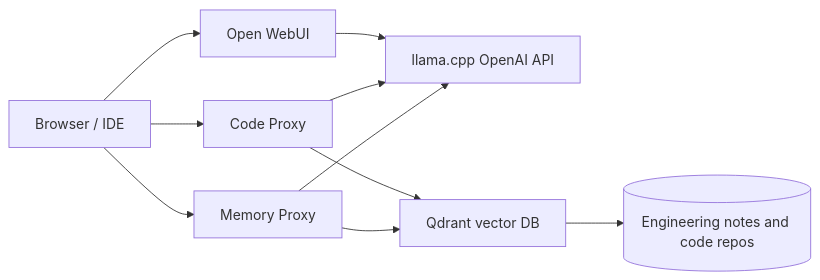
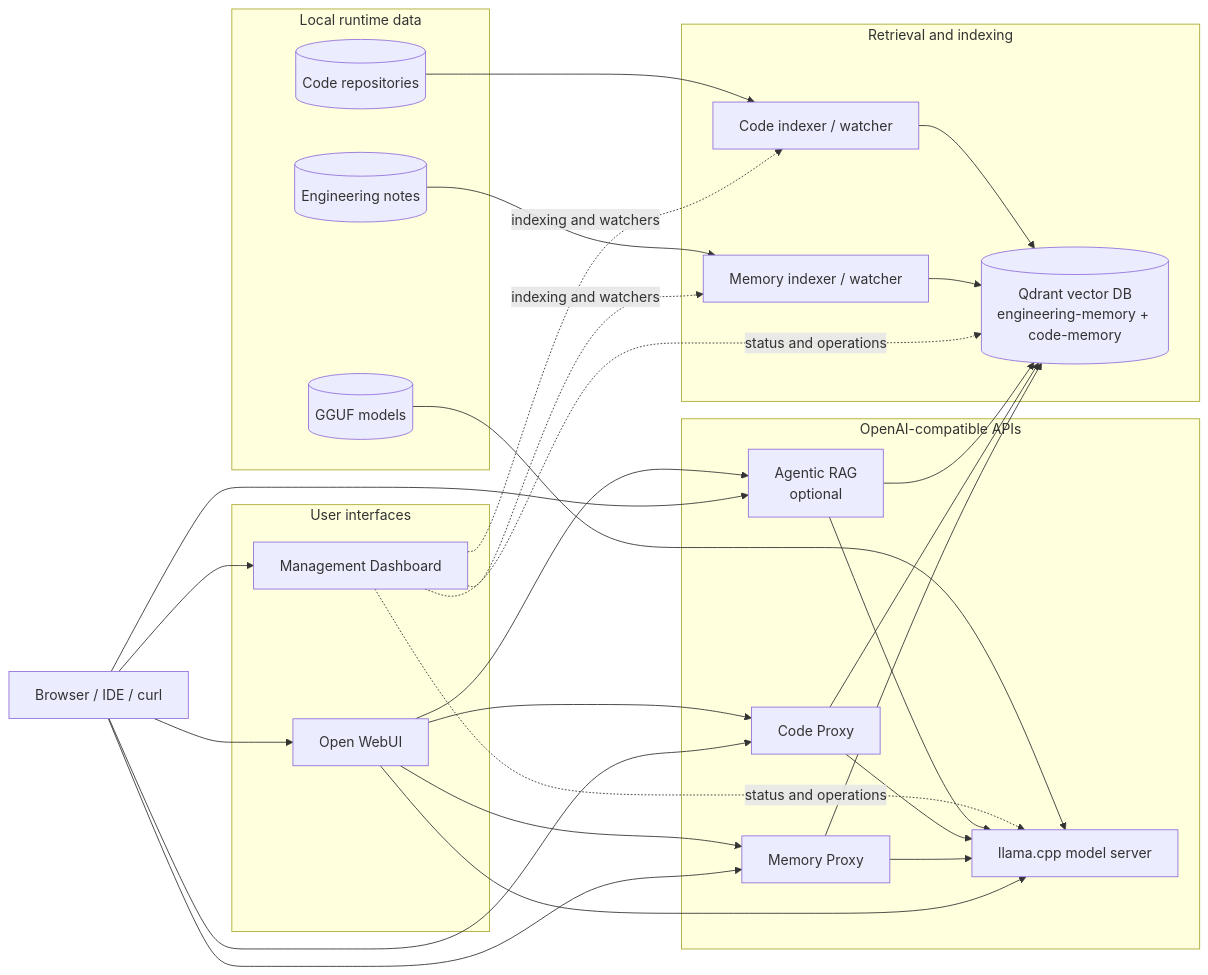
One commit to dananjaya2002/ai-stack-vm changed the diagram in docs/media/architecture-diagram.mmd. Above: the diagram before and after it, drawn with Mermaid. The commit also changed 15 other files, not shown here.

Commit message:
Fix Agentic RAG Retrieval and Open WebUI Compatibility

```diff
--- a/docs/media/architecture-diagram.mmd
+++ b/docs/media/architecture-diagram.mmd
@@ -1,10 +1,53 @@
 flowchart LR
-  Client[Browser / IDE] --> WebUI[Open WebUI]
-  Client --> CodeProxy[Code Proxy]
-  Client --> MemoryProxy[Memory Proxy]
-  WebUI --> Llama[llama.cpp OpenAI API]
+  Client[Browser / IDE / curl]
+
+  subgraph Interfaces[User interfaces]
+    WebUI[Open WebUI]
+    Dashboard[Management Dashboard]
+  end
+
+  subgraph APIs[OpenAI-compatible APIs]
+    Llama[llama.cpp model server]
+    MemoryProxy[Memory Proxy]
+    CodeProxy[Code Proxy]
+    AgenticRAG[Agentic RAG<br/>optional]
+  end
+
+  subgraph Retrieval[Retrieval and indexing]
+    MemoryIndexer[Memory indexer / watcher]
+    CodeIndexer[Code indexer / watcher]
+    Qdrant[(Qdrant vector DB<br/>engineering-memory + code-memory)]
+  end
+
+  subgraph Sources[Local runtime data]
+    Notes[(Engineering notes)]
+    Repos[(Code repositories)]
+    Models[(GGUF models)]
+  end
+
+  Client --> WebUI
+  Client --> Dashboard
+  Client --> MemoryProxy
+  Client --> CodeProxy
+  Client --> AgenticRAG
+
+  WebUI --> Llama
+  WebUI --> MemoryProxy
+  WebUI --> CodeProxy
+  WebUI --> AgenticRAG
+
+  MemoryProxy --> Qdrant
+  CodeProxy --> Qdrant
+  AgenticRAG --> Qdrant
+  MemoryProxy --> Llama
   CodeProxy --> Llama
-  MemoryProxy --> Llama
-  CodeProxy --> Qdrant[Qdrant vector DB]
-  MemoryProxy --> Qdrant
-  Qdrant --> Memory[(Engineering notes and code repos)]
+  AgenticRAG --> Llama
+
+  Dashboard -. status and operations .-> Llama
+  Dashboard -. status and operations .-> Qdrant
+  Dashboard -. indexing and watchers .-> MemoryIndexer
+  Dashboard -. indexing and watchers .-> CodeIndexer
+
+  Notes --> MemoryIndexer --> Qdrant
+  Repos --> CodeIndexer --> Qdrant
+  Models --> Llama
```
